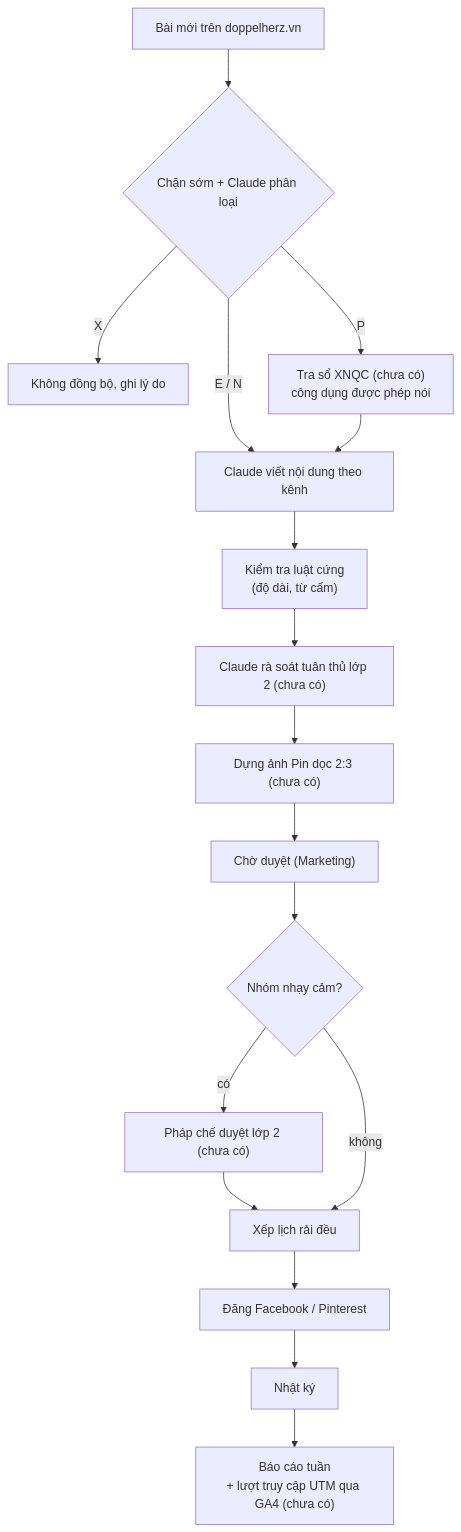
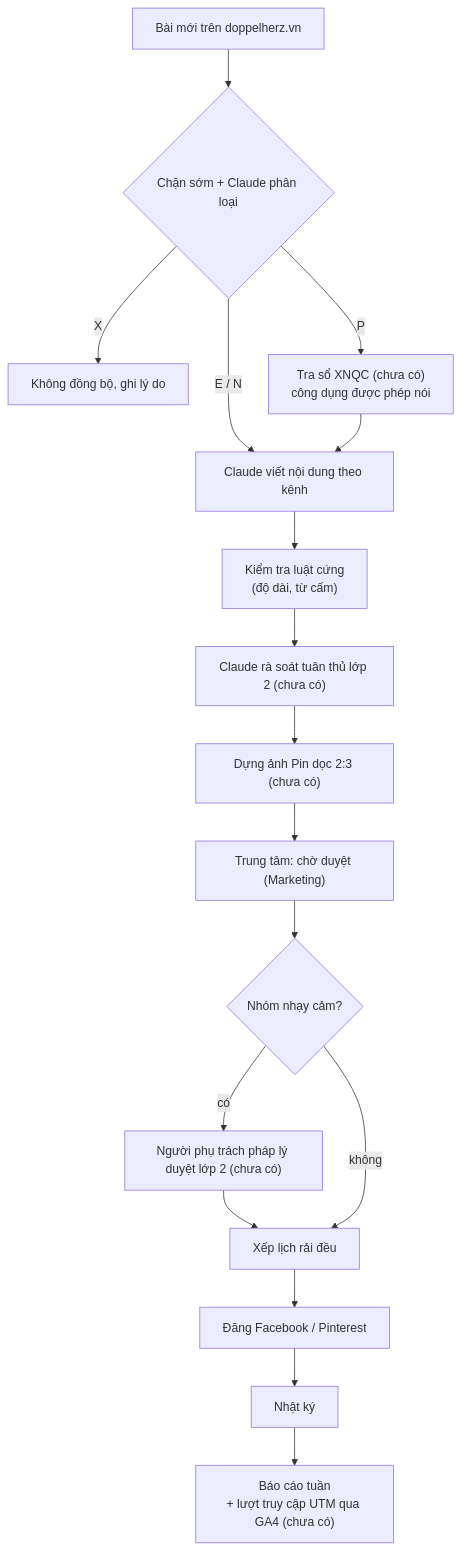
Before and after one commit to jinsimple/doppelherz-social: the sixth of 6 diagrams in nop-bai/04-so-do-quy-trinh.md, drawn with Mermaid. The commit also changed other lines of this file and 45 other files, not shown here.

````diff
--- a/nop-bai/04-so-do-quy-trinh.md
+++ b/nop-bai/04-so-do-quy-trinh.md
@@ -196,14 +206,14 @@
 ```mermaid
 flowchart TD
   P["Bài mới trên doppelherz.vn"] --> C{"Chặn sớm + Claude phân loại"}
   C -- "X" --> STOP["Không đồng bộ, ghi lý do"]
   C -- "E / N" --> G
   C -- "P" --> XN["Tra sổ XNQC (chưa có)<br/>công dụng được phép nói"] --> G
   G["Claude viết nội dung theo kênh"] --> CK1["Kiểm tra luật cứng<br/>(độ dài, từ cấm)"] --> CK2["Claude rà soát tuân thủ lớp 2 (chưa có)"]
   CK2 --> IMG["Dựng ảnh Pin dọc 2:3 (chưa có)"]
-  IMG --> Q["Chờ duyệt (Marketing)"]
+  IMG --> Q["Trung tâm: chờ duyệt (Marketing)"]
   Q --> Q2{"Nhóm nhạy cảm?"}
-  Q2 -- có --> LG["Pháp chế duyệt lớp 2 (chưa có)"] --> SC
+  Q2 -- có --> LG["Người phụ trách pháp lý duyệt lớp 2 (chưa có)"] --> SC
   Q2 -- không --> SC["Xếp lịch rải đều"]
   SC --> PUB["Đăng Facebook / Pinterest"] --> LOG["Nhật ký"] --> REP["Báo cáo tuần<br/>+ lượt truy cập UTM qua GA4 (chưa có)"]
 ```
````
